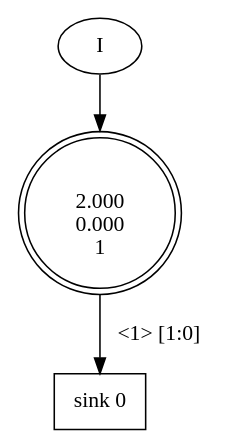
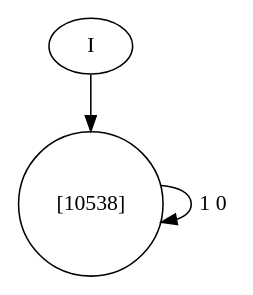
One commit to nicholasRenninger/dfasat changed the diagram in pre_dfa57.dot. Above: the diagram before and after it, drawn with Graphviz. The commit also changed 212 other files, not shown here.

```diff
--- a/pre_dfa57.dot
+++ b/pre_dfa57.dot
@@ -1,10 +1,6 @@
 digraph DFA {
 	0 [label="root" shape=box];
 		I -> 0;
-	0 [shape=doublecircle label="
-2.000
-0.000
-1"];
-	S0t0 [label="sink 0" shape=box];
-		0 -> S0t0 [label=" <1> [1:0]"];
+	0 [shape=circle label="[10538]"];
+		0 -> 0 [label=" 1 0"];
 }
```
